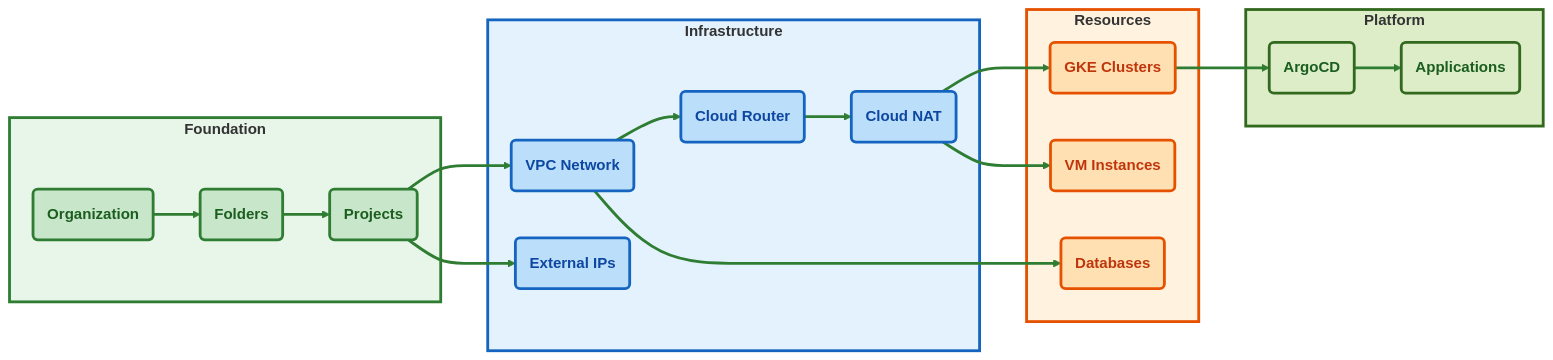
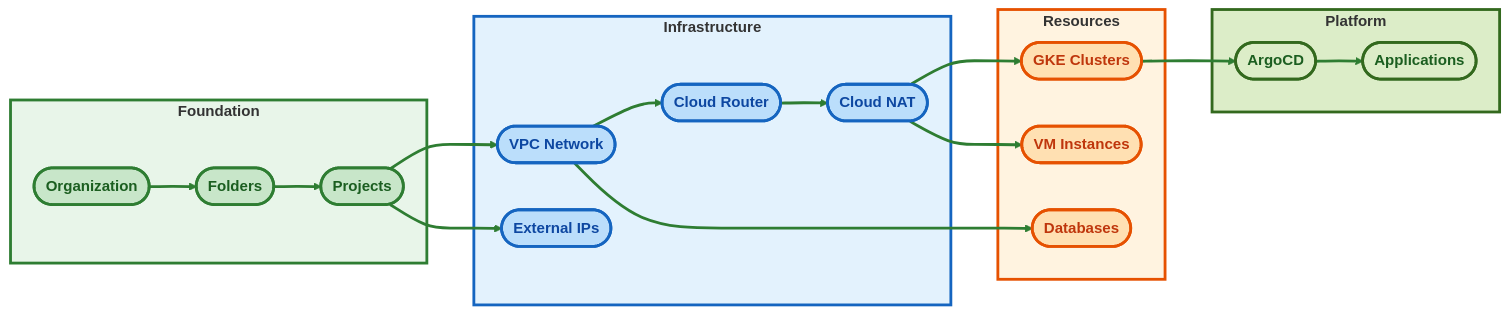
One commit to spolspol/terragrunt-gcp-org-automation changed the fifth of 7 diagrams in docs/ARCHITECTURE_DIAGRAM.md. Above: the diagram before and after it, drawn with Mermaid (forest theme). The commit also changed other lines of this file, not shown here.

Commit message:
Refines architecture diagram node shapes

````diff
--- a/docs/ARCHITECTURE_DIAGRAM.md
+++ b/docs/ARCHITECTURE_DIAGRAM.md
@@ -358,53 +383,53 @@
 ```mermaid
 graph LR
     subgraph Foundation["<b>Foundation</b>"]
-        ORG("<b>Organization</b>")
-        FOLDER("<b>Folders</b>")
-        PROJECT("<b>Projects</b>")
+        ORG(["<b>Organization</b>"])
+        FOLDER(["<b>Folders</b>"])
+        PROJECT(["<b>Projects</b>"])
         ORG ==> FOLDER ==> PROJECT
     end
 
     subgraph Infrastructure["<b>Infrastructure</b>"]
-        VPC_NET("<b>VPC Network</b>")
-        EXT_IP("<b>External IPs</b>")
-        ROUTER("<b>Cloud Router</b>")
-        NAT("<b>Cloud NAT</b>")
+        VPC_NET(["<b>VPC Network</b>"])
+        EXT_IP(["<b>External IPs</b>"])
+        ROUTER(["<b>Cloud Router</b>"])
+        NAT(["<b>Cloud NAT</b>"])
         PROJECT ==> VPC_NET
         VPC_NET ==> ROUTER
         ROUTER ==> NAT
         PROJECT ==> EXT_IP
     end
 
     subgraph Resources["<b>Resources</b>"]
-        GKE_RES("<b>GKE Clusters</b>")
-        VM_RES("<b>VM Instances</b>")
-        DB_RES("<b>Databases</b>")
+        GKE_RES(["<b>GKE Clusters</b>"])
+        VM_RES(["<b>VM Instances</b>"])
+        DB_RES(["<b>Databases</b>"])
         NAT ==> GKE_RES
         NAT ==> VM_RES
         VPC_NET ==> DB_RES
     end
 
     subgraph Platform["<b>Platform</b>"]
-        ARGOCD("<b>ArgoCD</b>")
-        APPS("<b>Applications</b>")
+        ARGOCD(["<b>ArgoCD</b>"])
+        APPS(["<b>Applications</b>"])
         GKE_RES ==> ARGOCD
         ARGOCD ==> APPS
     end
 
     classDef found fill:#c8e6c9,stroke:#2e7d32,stroke-width:3px,font-weight:bold,color:#1b5e20
     classDef infra fill:#bbdefb,stroke:#1565c0,stroke-width:3px,font-weight:bold,color:#0d47a1
     classDef res fill:#ffe0b2,stroke:#e65100,stroke-width:3px,font-weight:bold,color:#bf360c
     classDef plat fill:#dcedc8,stroke:#33691e,stroke-width:3px,font-weight:bold,color:#1b5e20
 
     class ORG,FOLDER,PROJECT found
     class VPC_NET,EXT_IP,ROUTER,NAT infra
     class GKE_RES,VM_RES,DB_RES res
     class ARGOCD,APPS plat
 
     linkStyle default stroke:#2e7d32,stroke-width:3px
 
     style Foundation fill:#e8f5e9,stroke:#2e7d32,stroke-width:3px
     style Infrastructure fill:#e3f2fd,stroke:#1565c0,stroke-width:3px
     style Resources fill:#fff3e0,stroke:#e65100,stroke-width:3px
     style Platform fill:#dcedc8,stroke:#33691e,stroke-width:3px
 ```
````
